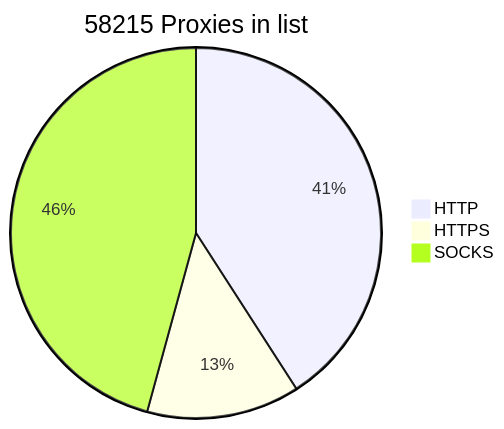
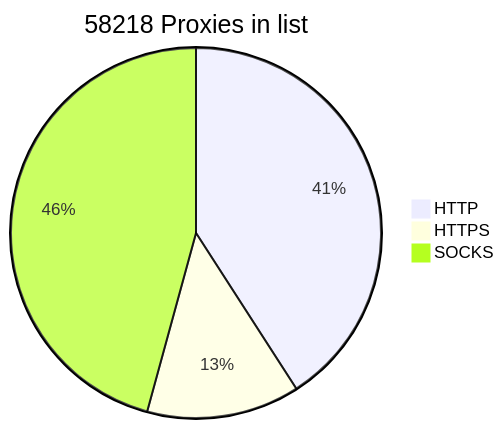
Before and after one commit to BlackSnowDot/proxylist-update-every-minute: the diagram in README.md, drawn with Mermaid.

````diff
--- a/README.md
+++ b/README.md
@@ -2,6 +2,6 @@
 ```mermaid
-pie title 58215 Proxies in list
-    "HTTP" : 26820
-    "HTTPS": 8764
-    "SOCKS" : 30008
+pie title 58218 Proxies in list
+    "HTTP" : 26822
+    "HTTPS": 8766
+    "SOCKS" : 30009
 ```
````
